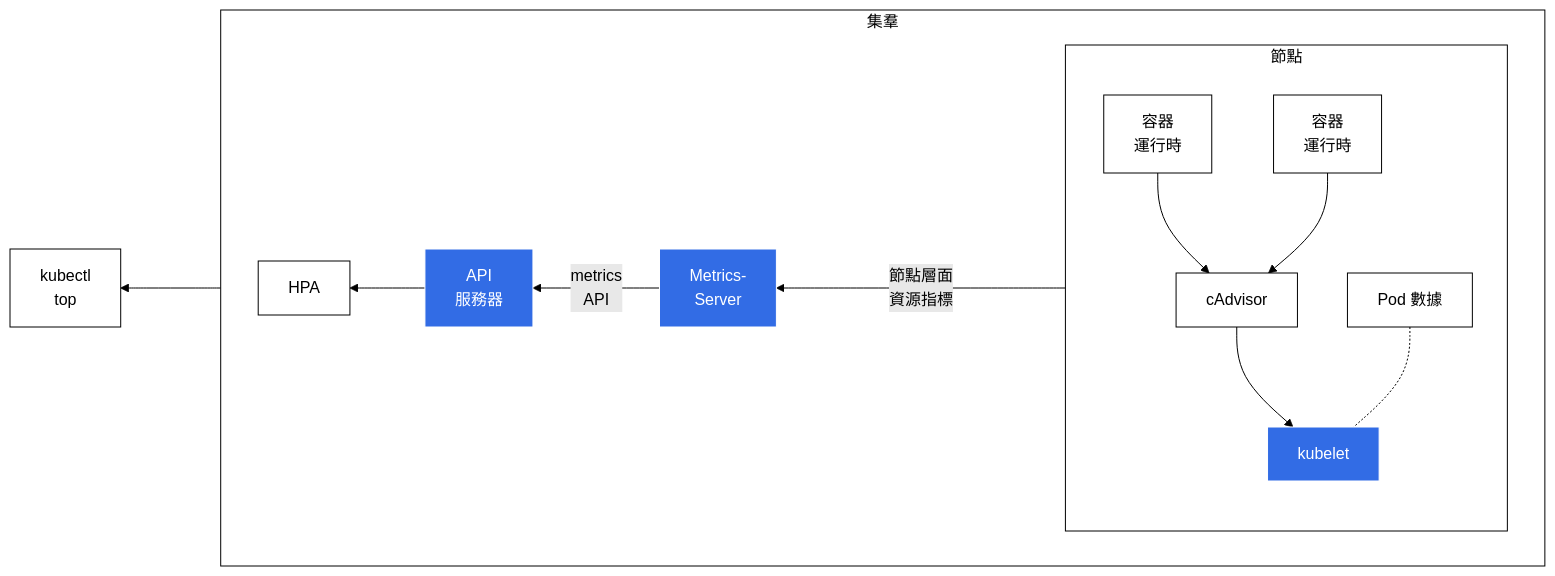
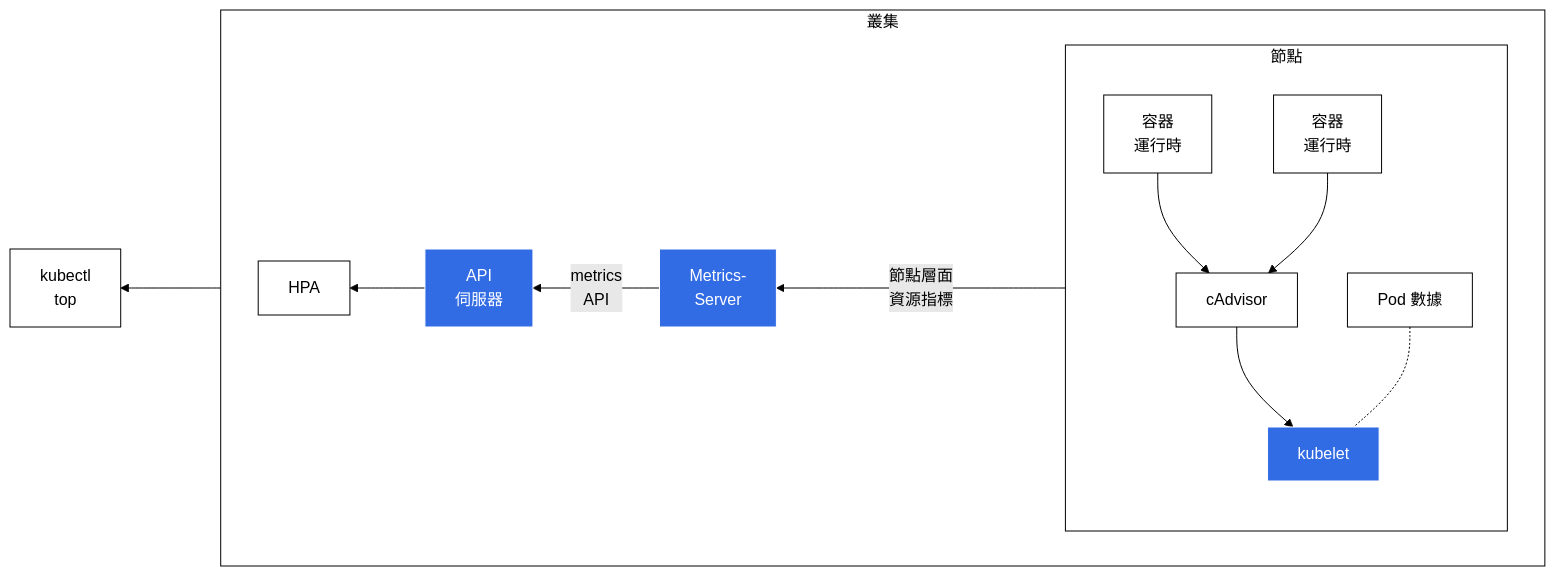
One commit to kubernetes/website changed the diagram in content/zh-tw/docs/tasks/debug/debug-cluster/resource-metrics-pipeline.md. Above: the diagram before and after it, drawn with Mermaid (forest theme). The commit also changed other lines of this file and 1351 other files, not shown here.

```diff
--- a/content/zh-tw/docs/tasks/debug/debug-cluster/resource-metrics-pipeline.md
+++ b/content/zh-tw/docs/tasks/debug/debug-cluster/resource-metrics-pipeline.md
@@ -64,25 +64,25 @@
 {{< mermaid >}}
 flowchart RL
-subgraph cluster[集羣]
+subgraph cluster[叢集]
 direction RL
 S[ <br><br> ]
 A[Metrics-<br>Server]
 subgraph B[節點]
 direction TB
 D[cAdvisor] --> C[kubelet]
 E[容器<br>運行時] --> D
 E1[容器<br>運行時] --> D
 P[Pod 數據] -.- C
 end
-L[API<br>服務器]
+L[API<br>伺服器]
 W[HPA]
 C ---->|節點層面<br>資源指標| A -->|metrics<br>API| L --> W
 end
 L ---> K[kubectl<br>top]
 classDef box fill:#fff,stroke:#000,stroke-width:1px,color:#000;
 class W,B,P,K,cluster,D,E,E1 box
 classDef spacewhite fill:#ffffff,stroke:#fff,stroke-width:0px,color:#000
 class S spacewhite
 classDef k8s fill:#326ce5,stroke:#fff,stroke-width:1px,color:#fff;
 class A,L,C k8s
 {{< /mermaid >}}
```
